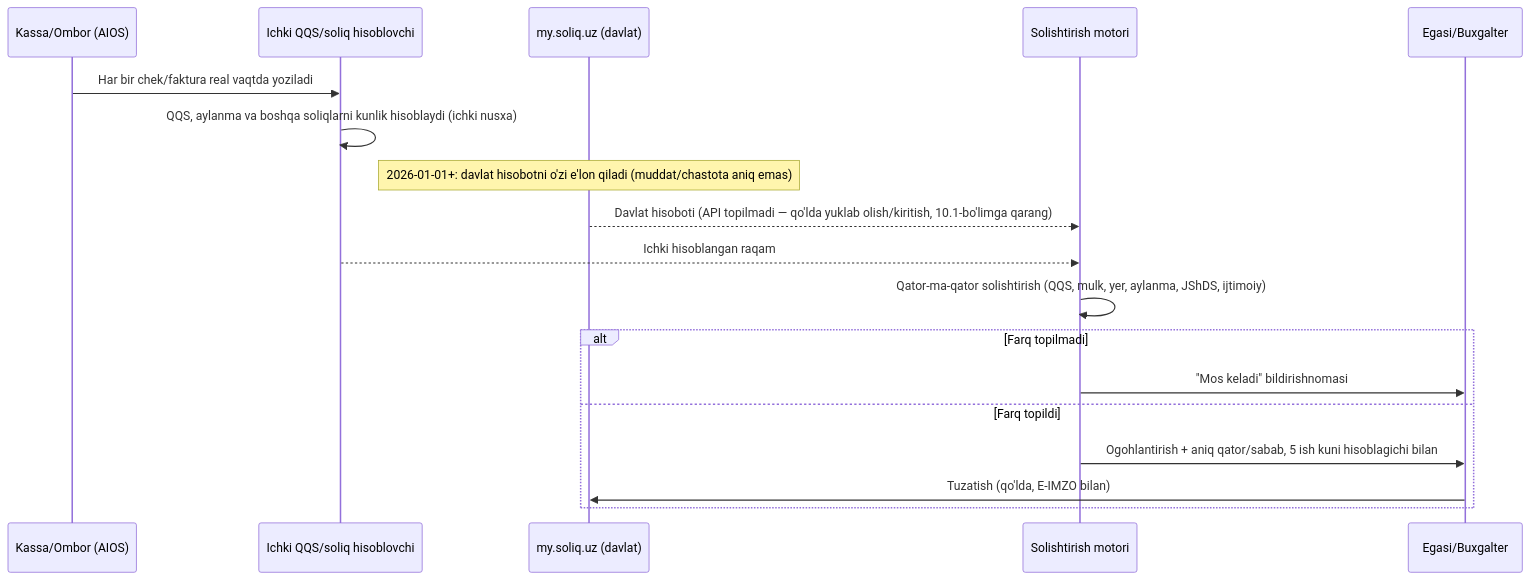
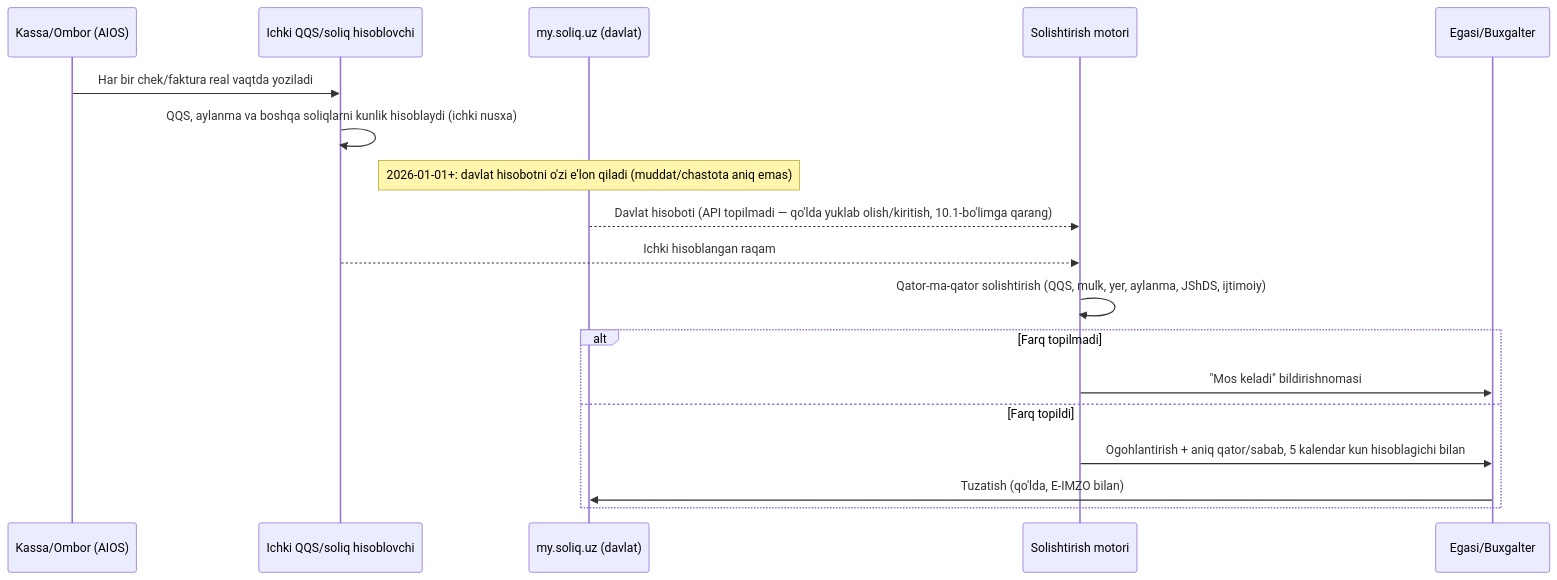
Before and after one commit to hasanoff507/erp: the first of 2 diagrams in research_notes/texnik/04-arxitektura-va-stack.md, drawn with Mermaid. The commit also changed other lines of this file and 37 other files, not shown here.

````diff
--- a/research_notes/texnik/04-arxitektura-va-stack.md
+++ b/research_notes/texnik/04-arxitektura-va-stack.md
@@ -93,21 +93,21 @@
 ```mermaid
 sequenceDiagram
     participant Kassa as Kassa/Ombor (AIOS)
     participant Ledger as Ichki QQS/soliq hisoblovchi
     participant MySoliq as my.soliq.uz (davlat)
     participant Diff as Solishtirish motori
     participant Owner as Egasi/Buxgalter
 
     Kassa->>Ledger: Har bir chek/faktura real vaqtda yoziladi
     Ledger->>Ledger: QQS, aylanma va boshqa soliqlarni kunlik hisoblaydi (ichki nusxa)
     Note over MySoliq: 2026-01-01+: davlat hisobotni o'zi e'lon qiladi (muddat/chastota aniq emas)
     MySoliq-->>Diff: Davlat hisoboti (API topilmadi — qo'lda yuklab olish/kiritish, 10.1-bo'limga qarang)
     Ledger-->>Diff: Ichki hisoblangan raqam
     Diff->>Diff: Qator-ma-qator solishtirish (QQS, mulk, yer, aylanma, JShDS, ijtimoiy)
     alt Farq topilmadi
         Diff->>Owner: "Mos keladi" bildirishnomasi
     else Farq topildi
-        Diff->>Owner: Ogohlantirish + aniq qator/sabab, 5 ish kuni hisoblagichi bilan
+        Diff->>Owner: Ogohlantirish + aniq qator/sabab, 5 kalendar kun hisoblagichi bilan
         Owner->>MySoliq: Tuzatish (qo'lda, E-IMZO bilan)
     end
 ```
````
